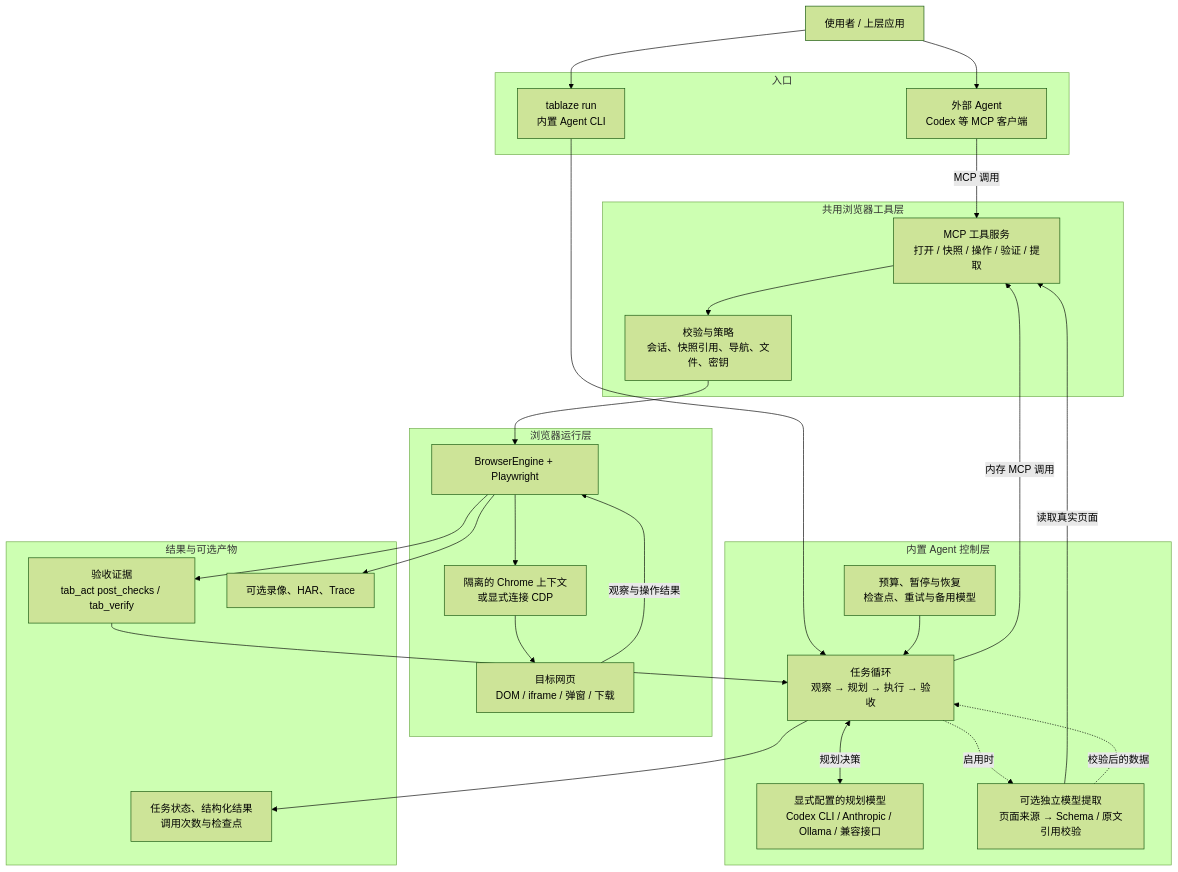
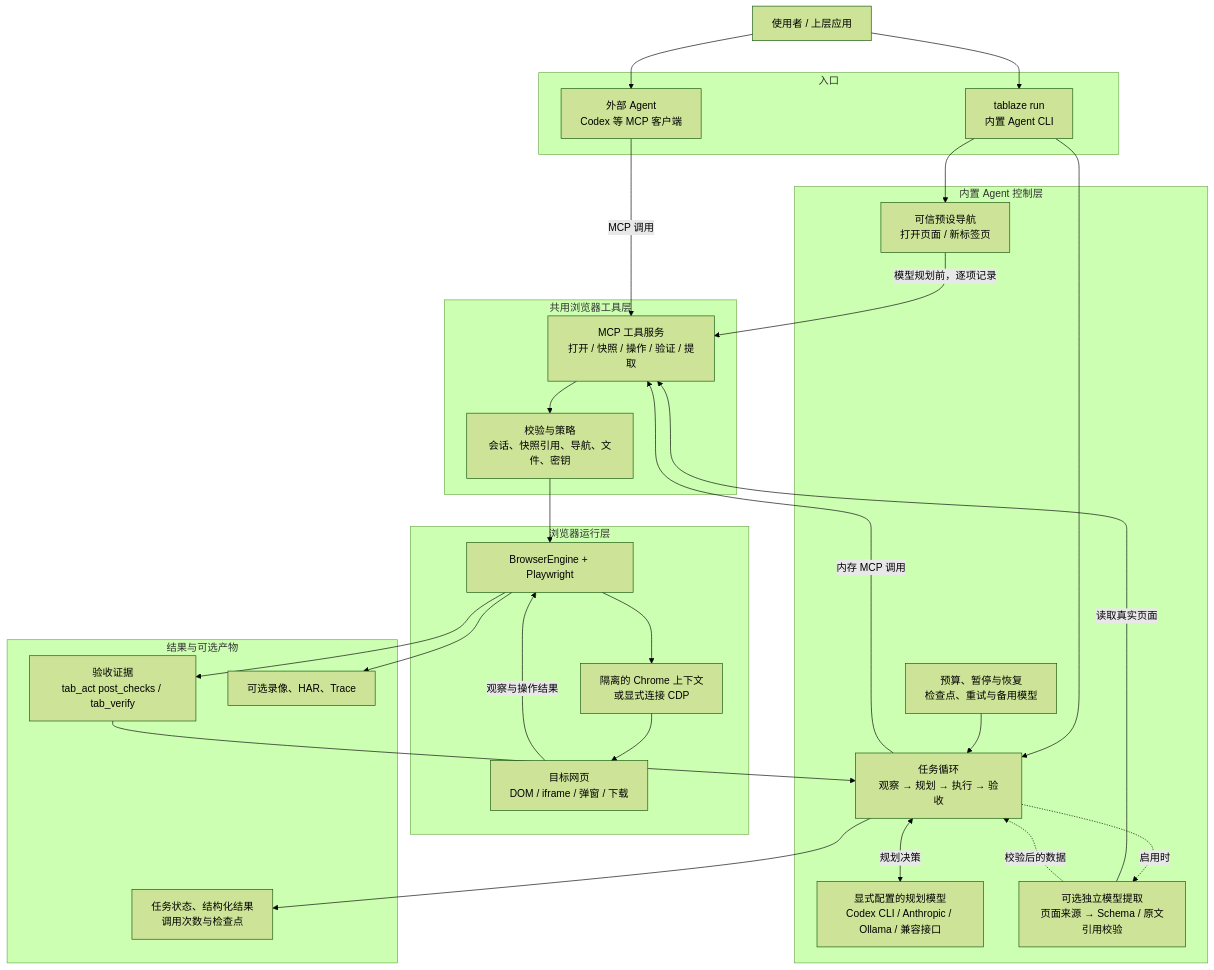
Before and after one commit to SweetDianDian/tablaze: the diagram in docs/ARCHITECTURE.md, drawn with Mermaid (forest theme). The commit also changed 16 other files, not shown here.

````diff
--- a/docs/ARCHITECTURE.md
+++ b/docs/ARCHITECTURE.md
@@ -5,47 +5,49 @@
 ```mermaid
 flowchart TB
   U["使用者 / 上层应用"]
 
   subgraph Entry["入口"]
     EXT["外部 Agent<br/>Codex 等 MCP 客户端"]
     CLI["tablaze run<br/>内置 Agent CLI"]
   end
 
   subgraph Agent["内置 Agent 控制层"]
     LOOP["任务循环<br/>观察 → 规划 → 执行 → 验收"]
     MODEL["显式配置的规划模型<br/>Codex CLI / Anthropic / Ollama / 兼容接口"]
     CONTROL["预算、暂停与恢复<br/>检查点、重试与备用模型"]
+    INIT["可信预设导航<br/>打开页面 / 新标签页"]
     EXTRACT["可选独立模型提取<br/>页面来源 → Schema / 原文引用校验"]
   end
 
   subgraph Tools["共用浏览器工具层"]
     MCP["MCP 工具服务<br/>打开 / 快照 / 操作 / 验证 / 提取"]
     GUARD["校验与策略<br/>会话、快照引用、导航、文件、密钥"]
   end
 
   subgraph Runtime["浏览器运行层"]
     ENGINE["BrowserEngine + Playwright"]
     CHROME["隔离的 Chrome 上下文<br/>或显式连接 CDP"]
     PAGE["目标网页<br/>DOM / iframe / 弹窗 / 下载"]
   end
 
   subgraph Output["结果与可选产物"]
     VERIFY["验收证据<br/>tab_act post_checks / tab_verify"]
     RESULT["任务状态、结构化结果<br/>调用次数与检查点"]
     ARTIFACT["可选录像、HAR、Trace"]
   end
 
   U --> EXT -->|"MCP 调用"| MCP
   U --> CLI --> LOOP
   LOOP <-->|"规划决策"| MODEL
   CONTROL --> LOOP
+  CLI --> INIT -->|"模型规划前，逐项记录"| MCP
   LOOP -->|"内存 MCP 调用"| MCP
   LOOP -.->|"启用时"| EXTRACT
   EXTRACT -->|"读取真实页面"| MCP
   EXTRACT -.->|"校验后的数据"| LOOP
   MCP --> GUARD --> ENGINE --> CHROME --> PAGE
   PAGE -->|"观察与操作结果"| ENGINE
   ENGINE --> VERIFY --> LOOP
   LOOP --> RESULT
   ENGINE --> ARTIFACT
 ```
````
